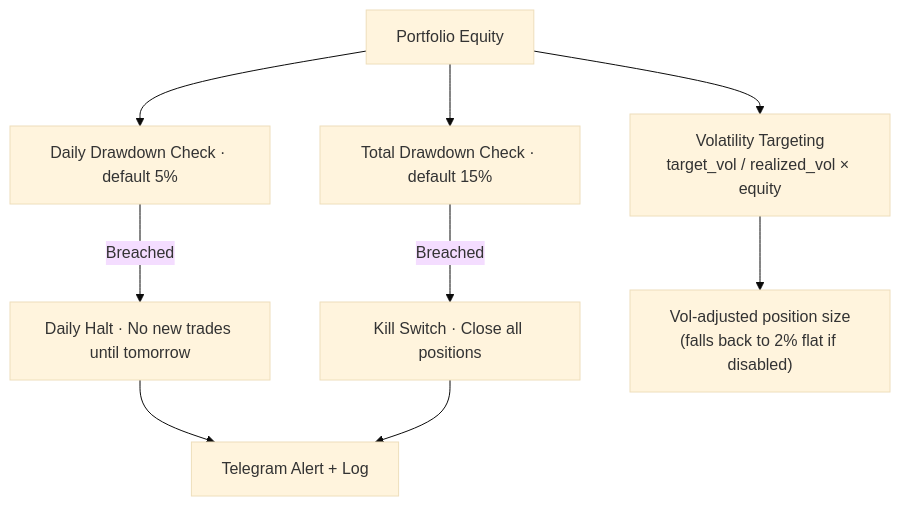
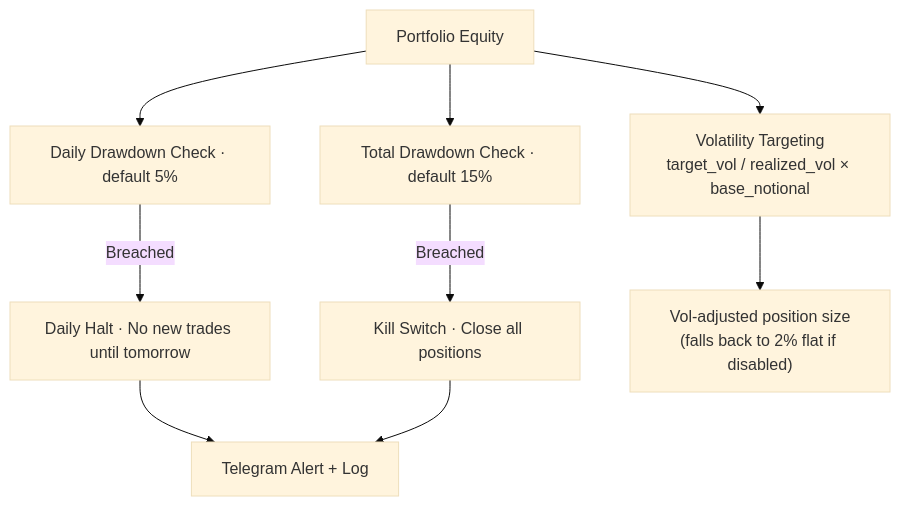
One commit to sherifconteh-collab/Zulubot changed the fourth of 5 diagrams in README.md. Above: the diagram before and after it, drawn with Mermaid (base theme). The commit also changed other lines of this file and 10 other files, not shown here.

````diff
--- a/README.md
+++ b/README.md
@@ -244,16 +249,16 @@
 ```mermaid
 graph TD
     EQUITY["Portfolio Equity"]
 
     EQUITY --> DD_DAILY["Daily Drawdown Check · default 5%"]
     EQUITY --> DD_TOTAL["Total Drawdown Check · default 15%"]
 
     DD_DAILY -->|"Breached"| HALT["Daily Halt · No new trades until tomorrow"]
     DD_TOTAL -->|"Breached"| KILL["Kill Switch · Close all positions"]
 
-    EQUITY --> VOL_TARGET["Volatility Targeting\ntarget_vol / realized_vol × equity"]
+    EQUITY --> VOL_TARGET["Volatility Targeting\ntarget_vol / realized_vol × base_notional"]
     VOL_TARGET --> POS_SIZE["Vol-adjusted position size\n(falls back to 2% flat if disabled)"]
 
     HALT --> LOG["Telegram Alert + Log"]
     KILL --> LOG
 ```
````
